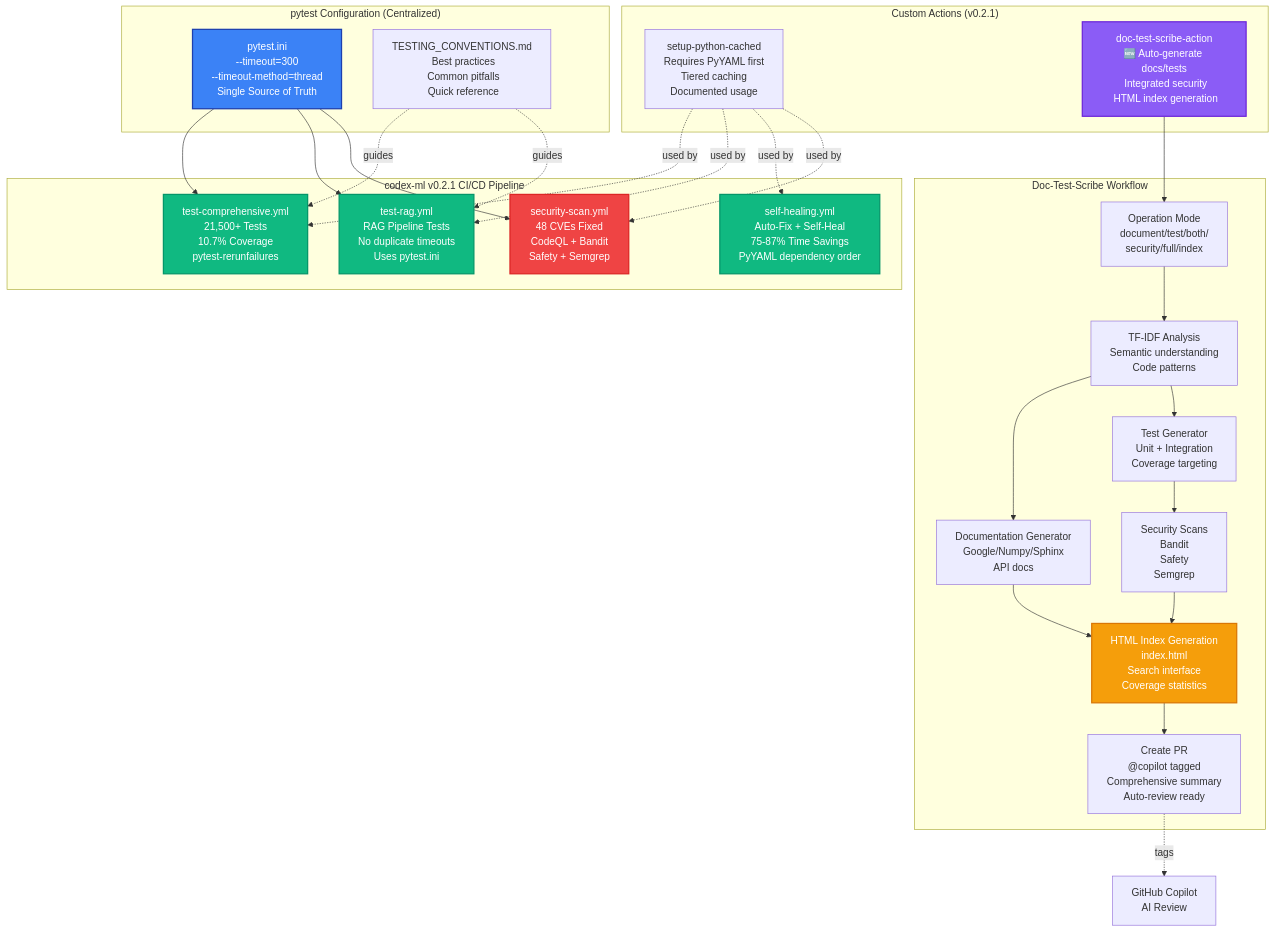
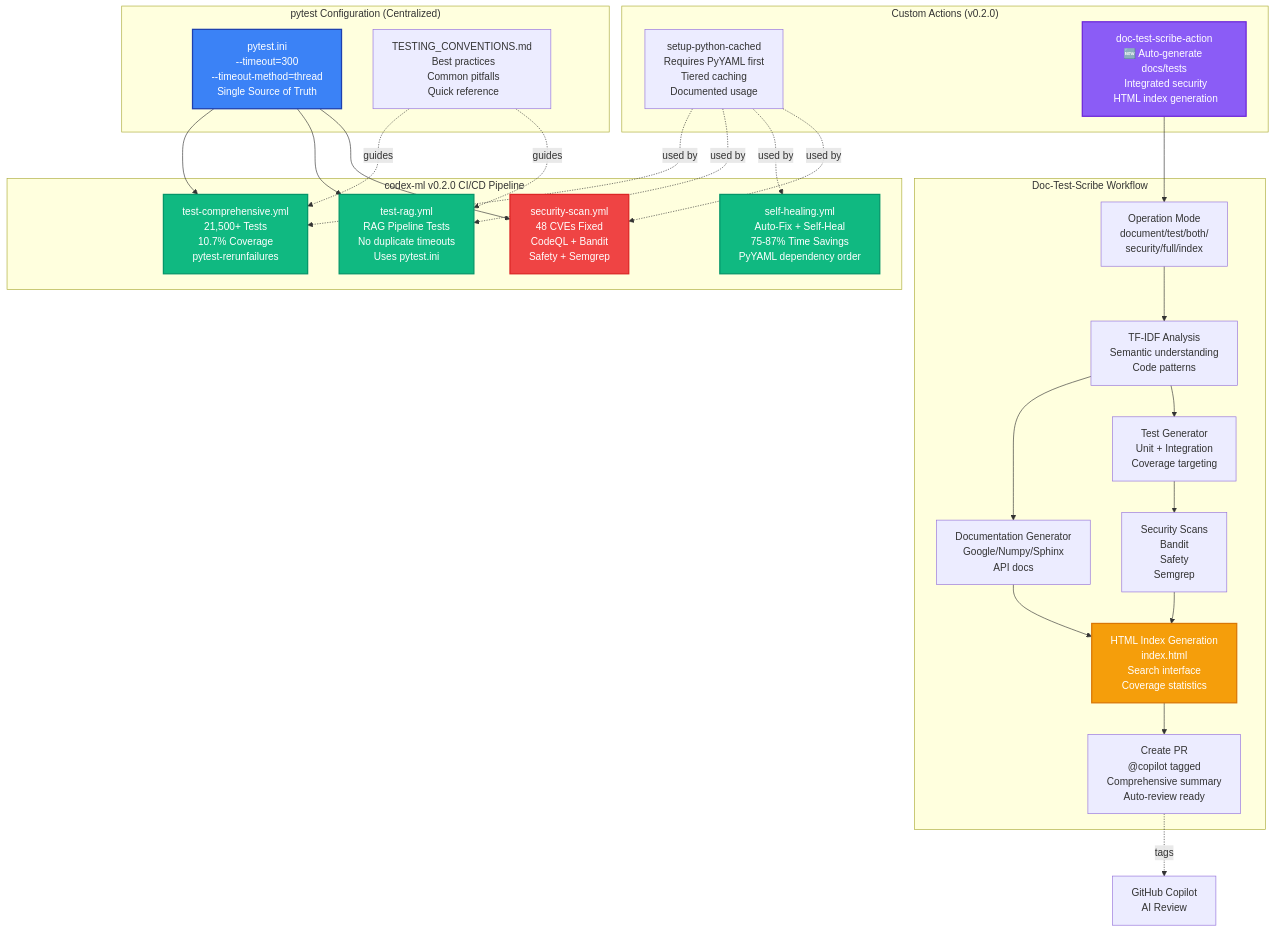
The first of 14 diagrams in docs/REPOSITORY_ARCHITECTURE_DIAGRAMS.md (Aries-Serpent/_codex_), drawn with Mermaid before and after one commit. The commit also changed other lines of this file and 2850 other files, not shown here.

````diff
--- a/docs/REPOSITORY_ARCHITECTURE_DIAGRAMS.md
+++ b/docs/REPOSITORY_ARCHITECTURE_DIAGRAMS.md
@@ -31,74 +31,74 @@
 ```mermaid
 %%{init: {'accessibility': {'title': 'Diagram showing test-comprehensive.yml<br/> 21,500+ Tests<br/>10.7% Coverage<br/> pytest-rerunfailures, test-rag.yml<br/> RAG Pipeline Tests<br/> No duplicate timeouts<br/> Uses pytest.ini'}}%%
 
 graph TB
- subgraph "codex-ml v0.2.1 CI/CD Pipeline"
+ subgraph "codex-ml v0.2.0 CI/CD Pipeline"
  TC[test-comprehensive.yml<br/> 21,500+ Tests<br/>10.7% Coverage<br/> pytest-rerunfailures]
  TR[test-rag.yml<br/> RAG Pipeline Tests<br/> No duplicate timeouts<br/> Uses pytest.ini]
  SH[self-healing.yml<br/> Auto-Fix + Self-Heal<br/> 75-87% Time Savings<br/> PyYAML dependency order]
  SEC[security-scan.yml<br/> 48 CVEs Fixed<br/> CodeQL + Bandit<br/> Safety + Semgrep]
  end
 
  subgraph "pytest Configuration (Centralized)"
  PI[pytest.ini<br/>--timeout=300<br/>--timeout-method=thread<br/> Single Source of Truth]
  CONV[TESTING_CONVENTIONS.md<br/> Best practices<br/> Common pitfalls<br/> Quick reference]
  end
 
- subgraph "Custom Actions (v0.2.1)"
+ subgraph "Custom Actions (v0.2.0)"
  SPC[setup-python-cached<br/> Requires PyYAML first<br/> Tiered caching<br/> Documented usage]
  DTS[doc-test-scribe-action<br/>🆕 Auto-generate docs/tests<br/> Integrated security<br/> HTML index generation]
  end
 
  subgraph "Doc-Test-Scribe Workflow"
  MODE[Operation Mode<br/>document/test/both/<br/>security/full/index]
  ANALYZE[TF-IDF Analysis<br/> Semantic understanding<br/> Code patterns]
  GENDOC[Documentation Generator<br/> Google/Numpy/Sphinx<br/> API docs]
  GENTEST[Test Generator<br/> Unit + Integration<br/> Coverage targeting]
  SECURITY[Security Scans<br/> Bandit<br/> Safety<br/> Semgrep]
  HTML[HTML Index Generation<br/> index.html<br/> Search interface<br/> Coverage statistics]
  PR[Create PR<br/> @copilot tagged<br/> Comprehensive summary<br/> Auto-review ready]
  end
 
  %% Configuration flows
  PI --> TC
 
  PI --> TR
 
  PI --> SEC
  CONV -.guides.-> TC
  CONV -.guides.-> TR
 
  %% Custom action usage
  SPC -.used by.-> TC
  SPC -.used by.-> TR
  SPC -.used by.-> SH
  SPC -.used by.-> SEC
 
  %% Doc-Test-Scribe workflow
  MODE --> ANALYZE
 
  ANALYZE --> GENDOC
 
  ANALYZE --> GENTEST
 
  GENDOC --> HTML
 
  GENTEST --> SECURITY
 
  SECURITY --> HTML
 
  HTML --> PR
 
  %% Integration points
  DTS --> MODE
  PR -.tags.-> Copilot[GitHub Copilot<br/> AI Review]
 
- %% Styling v0.2.1
+ %% Styling v0.2.0
  style TC fill:#10b981,stroke:#059669,stroke-width:2px,color:#fff
  style TR fill:#10b981,stroke:#059669,stroke-width:2px,color:#fff
  style SH fill:#10b981,stroke:#059669,stroke-width:2px,color:#fff
  style SEC fill:#ef4444,stroke:#dc2626,stroke-width:2px,color:#fff
  style PI fill:#3b82f6,stroke:#1e40af,stroke-width:2px,color:#fff
  style DTS fill:#8b5cf6,stroke:#6d28d9,stroke-width:2px,color:#fff
  style HTML fill:#f59e0b,stroke:#d97706,stroke-width:2px,color:#fff
 ```
````
